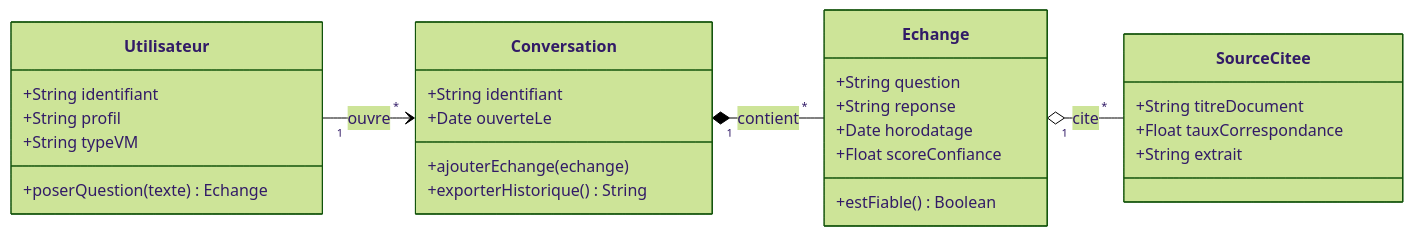
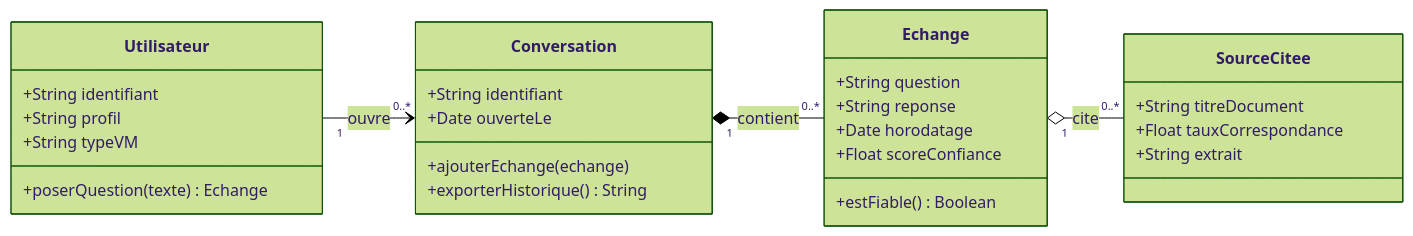
One commit to margotmc-web/Chatbot_PPV_BC07 changed the second of 5 diagrams in 10bis-diagramme-classes.md. Above: the diagram before and after it, drawn with Mermaid (forest theme). The commit also changed other lines of this file, not shown here.

````diff
--- a/10bis-diagramme-classes.md
+++ b/10bis-diagramme-classes.md
@@ -41,36 +41,36 @@
 ```mermaid
 classDiagram
     direction LR
 
     class Utilisateur {
         +String identifiant
         +String profil
         +String typeVM
         +poserQuestion(texte) Echange
     }
 
     class Conversation {
         +String identifiant
         +Date ouverteLe
         +ajouterEchange(echange)
         +exporterHistorique() String
     }
 
     class Echange {
         +String question
         +String reponse
         +Date horodatage
         +Float scoreConfiance
         +estFiable() Boolean
     }
 
     class SourceCitee {
         +String titreDocument
         +Float tauxCorrespondance
         +String extrait
     }
 
-    Utilisateur "1" --> "*" Conversation : ouvre
-    Conversation "1" *-- "*" Echange : contient
-    Echange "1" o-- "*" SourceCitee : cite
+    Utilisateur "1" --> "0..*" Conversation : ouvre
+    Conversation "1" *-- "0..*" Echange : contient
+    Echange "1" o-- "0..*" SourceCitee : cite
 ```
````
